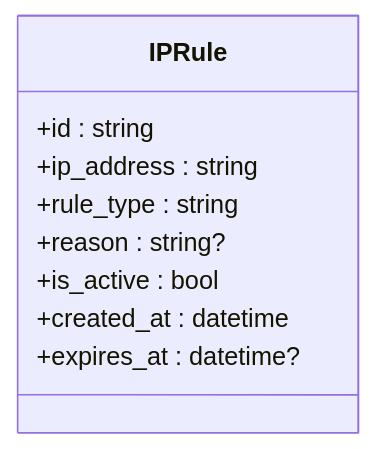
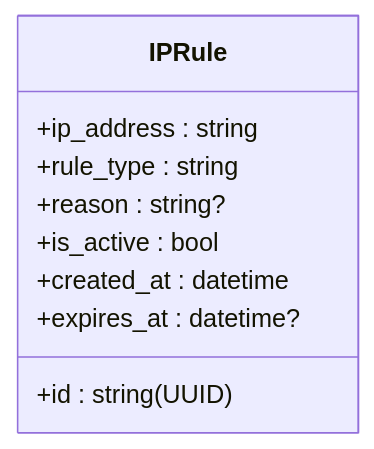
Before and after one commit to taoweidong/Hello-FastApi: the sixth of 11 diagrams in .qoder/repowiki/zh/content/数据模型设计/数据模型设计.md, drawn with Mermaid. The commit also changed other lines of this file and 11 other files, not shown here.

````diff
--- a/.qoder/repowiki/zh/content/数据模型设计/数据模型设计.md
+++ b/.qoder/repowiki/zh/content/数据模型设计/数据模型设计.md
@@ -277,12 +262,12 @@
 ```mermaid
 classDiagram
 class IPRule {
-+id : string
++id : string(UUID)
 +ip_address : string
 +rule_type : string
 +reason : string?
 +is_active : bool
 +created_at : datetime
 +expires_at : datetime?
 }
 ```
````
